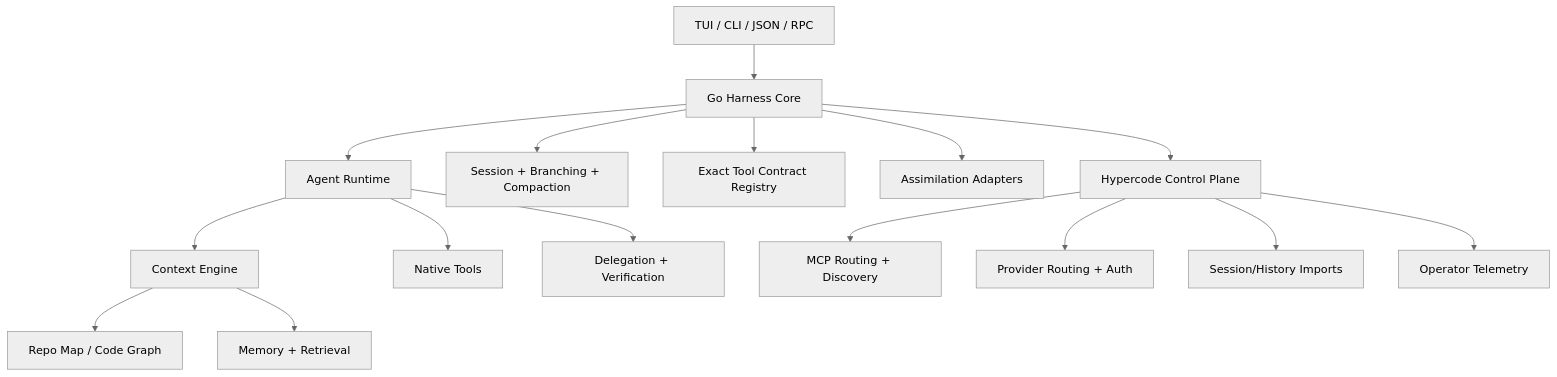
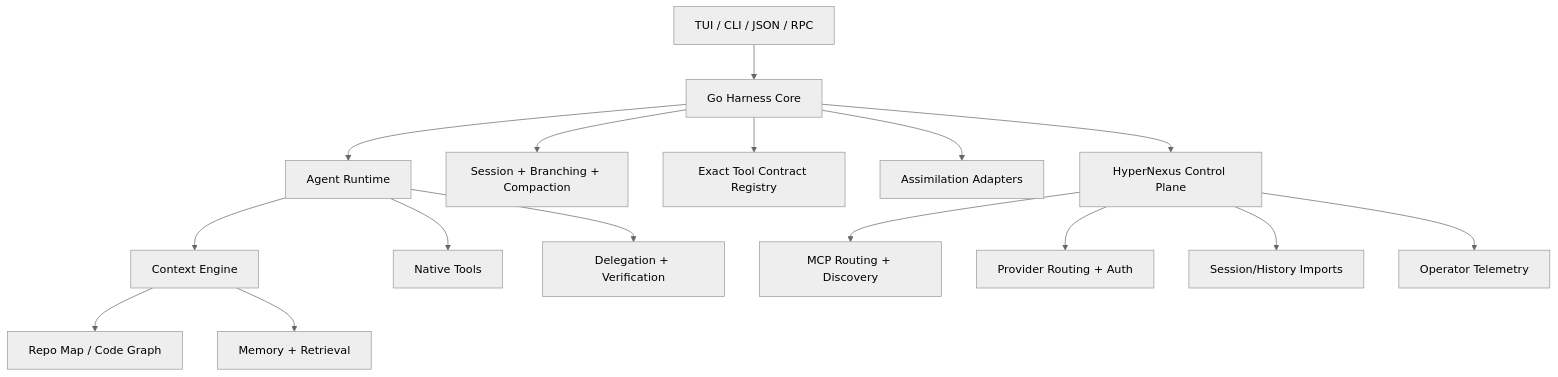
The diagram in docs/ai/design/go-foundation-assimilation.md (candlestixxx/hyperNexus), drawn with Mermaid (neutral theme) before and after one commit. The commit also changed other lines of this file and 1329 other files, not shown here.

Commit message:
feat: rename all instances of borg, hypercode, and metamcp to hyperNexus (v1.0.0-alpha.63)

````diff
--- a/docs/ai/design/go-foundation-assimilation.md
+++ b/docs/ai/design/go-foundation-assimilation.md
@@ -22,21 +22,21 @@
 ```mermaid
 flowchart TD
     UI[TUI / CLI / JSON / RPC] --> Harness[Go Harness Core]
     Harness --> Agent[Agent Runtime]
     Harness --> Sessions[Session + Branching + Compaction]
     Harness --> Compat[Exact Tool Contract Registry]
     Harness --> Adapters[Assimilation Adapters]
-    Harness --> HC[Hypercode Control Plane]
+    Harness --> HC[HyperNexus Control Plane]
 
     Agent --> Context[Context Engine]
     Agent --> Tools[Native Tools]
     Agent --> Delegation[Delegation + Verification]
 
     Context --> RepoMap[Repo Map / Code Graph]
     Context --> Memory[Memory + Retrieval]
 
     HC --> MCP[MCP Routing + Discovery]
     HC --> Providers[Provider Routing + Auth]
     HC --> Imports[Session/History Imports]
     HC --> Observability[Operator Telemetry]
 ```
````
